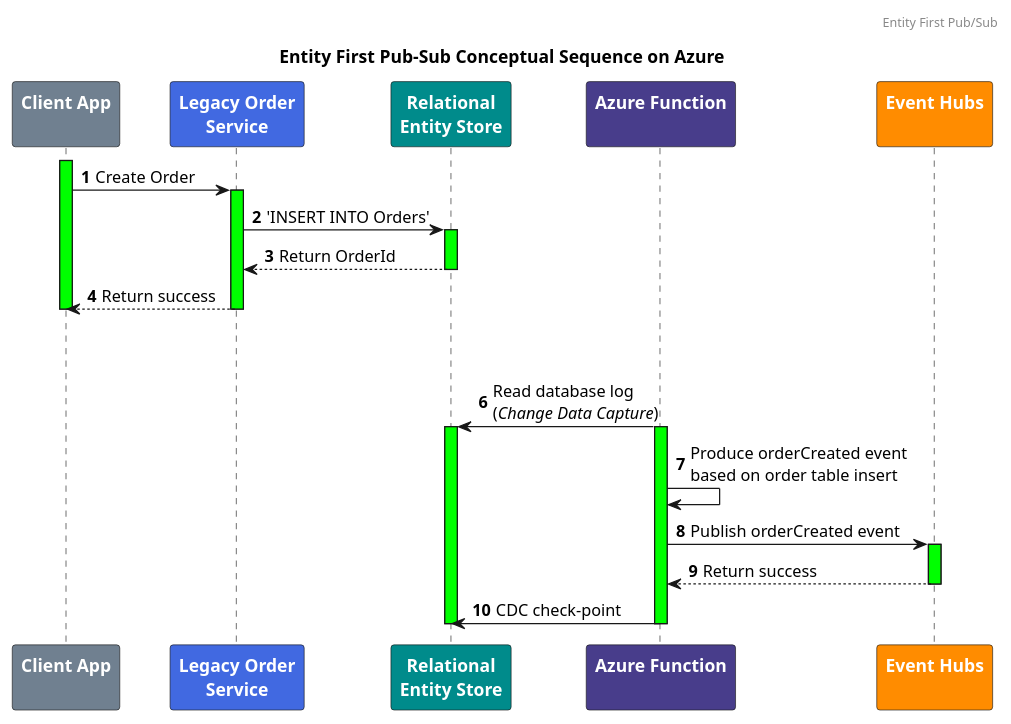
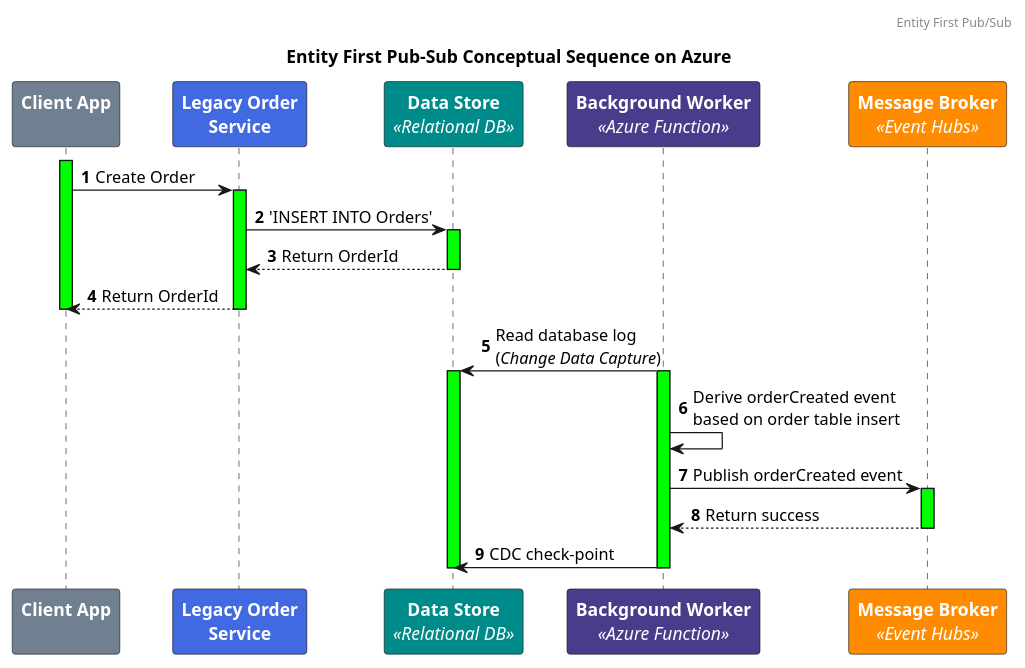
Before and after one commit to Gio0300/LoosePubSubAzure: the diagram in diagrams/entity_first_azure_conceptual.puml, drawn with PlantUML. The commit also changed 6 other files, not shown here.

```diff
--- a/diagrams/entity_first_azure_conceptual.puml
+++ b/diagrams/entity_first_azure_conceptual.puml
@@ -1,44 +1,44 @@
 @startuml
 skinparam ParticipantFontSize 14
 skinparam ParticipantFontColor #White
 header "Entity First Pub/Sub"
 title Entity First Pub-Sub Conceptual Sequence on Azure
 participant ClientApp as "<b>Client App\n" #SlateGray
 participant OrderService as "<b>Legacy Order\n<b>Service" #RoyalBlue
-participant EntityStore as "<b>Relational\n<b>Entity Store" #DarkCyan
-participant Publisher as "<b>Azure Function\n" #DarkSlateBlue
-participant EventHubs as "<b>Event Hubs\n" #Darkorange
+participant EntityStore as "<b>Data Store\n<i><<Relational DB>>" #DarkCyan
+participant Publisher as "<b>Background Worker\n<i><<Azure Function>>" #DarkSlateBlue
+participant EventHubs as "<b>Message Broker\n<i><<Event Hubs>>" #Darkorange
 
 autonumber
 activate ClientApp #Lime
 ClientApp -> OrderService : Create Order
 activate OrderService #Lime
 
 OrderService -> EntityStore : 'INSERT INTO Orders'
 activate EntityStore #Lime
 EntityStore --> OrderService : Return OrderId
 
 deactivate EntityStore
-OrderService --> ClientApp : Return success
+OrderService --> ClientApp : Return OrderId
 deactivate OrderService
 deactivate ClientApp
 
 
 ' #######################################################################
 ' hack so that the life bar on the entity store shows a seperation
-OrderService-[hidden]->OrderService
+'OrderService-[hidden]->OrderService
 ' #######################################################################
 
 EntityStore <- Publisher : Read database log\n(<i>Change Data Capture</i>)
 activate EntityStore #Lime
 activate Publisher #Lime
-Publisher -> Publisher : Produce orderCreated event\nbased on order table insert
+Publisher -> Publisher : Derive orderCreated event\nbased on order table insert
 
 Publisher -> EventHubs : Publish orderCreated event
 activate EventHubs #Lime
 EventHubs --> Publisher : Return success
 deactivate EventHubs
 Publisher -> EntityStore : CDC check-point
 deactivate Publisher
 deactivate EntityStore
 @enduml
```
